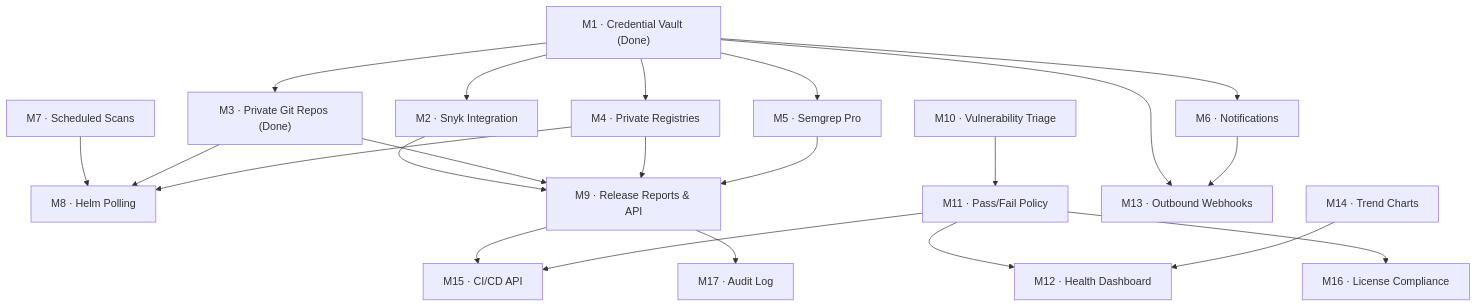
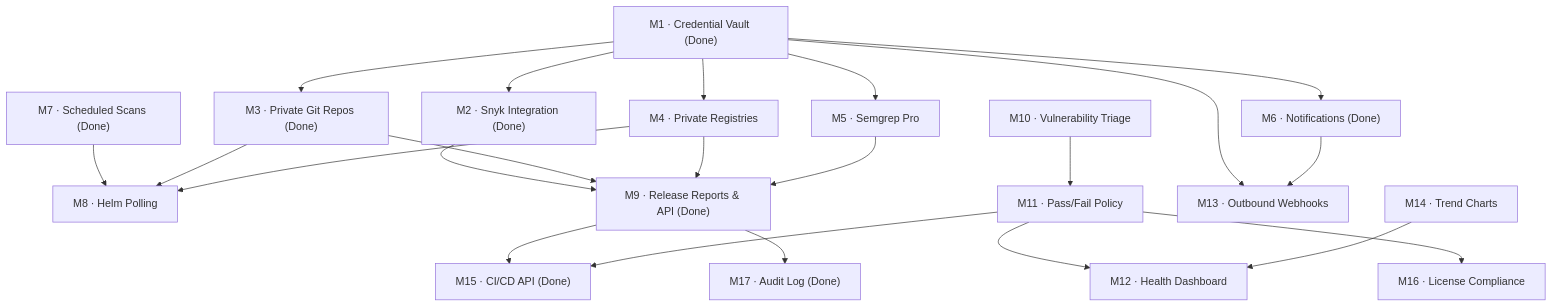
The diagram in okf-vault/40_indices/roadmap-moc.md (kajuberdut/ROVER), drawn with Mermaid before and after one commit. The commit also changed other lines of this file and 11 other files, not shown here.

````diff
--- a/okf-vault/40_indices/roadmap-moc.md
+++ b/okf-vault/40_indices/roadmap-moc.md
@@ -37,42 +37,42 @@
 ```mermaid
 graph TD
     M1["M1 · Credential Vault (Done)"]
-    M2["M2 · Snyk Integration"]
+    M2["M2 · Snyk Integration (Done)"]
     M3["M3 · Private Git Repos (Done)"]
     M4["M4 · Private Registries"]
     M5["M5 · Semgrep Pro"]
-    M6["M6 · Notifications"]
-    M7["M7 · Scheduled Scans"]
+    M6["M6 · Notifications (Done)"]
+    M7["M7 · Scheduled Scans (Done)"]
     M8["M8 · Helm Polling"]
-    M9["M9 · Release Reports & API"]
+    M9["M9 · Release Reports & API (Done)"]
     M10["M10 · Vulnerability Triage"]
     M11["M11 · Pass/Fail Policy"]
     M12["M12 · Health Dashboard"]
     M13["M13 · Outbound Webhooks"]
     M14["M14 · Trend Charts"]
-    M15["M15 · CI/CD API"]
+    M15["M15 · CI/CD API (Done)"]
     M16["M16 · License Compliance"]
-    M17["M17 · Audit Log"]
+    M17["M17 · Audit Log (Done)"]
 
     M1 --> M2
     M1 --> M3
     M1 --> M4
     M1 --> M5
     M1 --> M6
     M1 --> M13
     M7 --> M8
     M3 --> M8
     M4 --> M8
     M2 --> M9
     M3 --> M9
     M4 --> M9
     M5 --> M9
     M10 --> M11
     M11 --> M12
     M14 --> M12
     M9 --> M15
     M11 --> M15
     M6 --> M13
     M11 --> M16
     M9 --> M17
 ```
````
